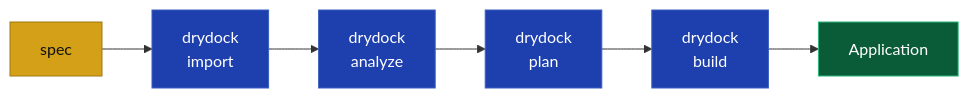
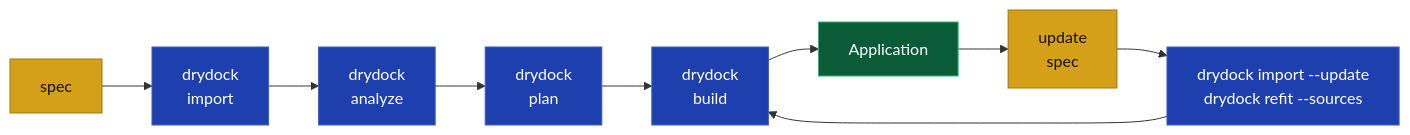
Before and after one commit to webcloudstudio/Drydock: the second of 2 diagrams in docs/QUICK_START.md, drawn with Mermaid. The commit also changed other lines of this file, not shown here.

````diff
--- a/docs/QUICK_START.md
+++ b/docs/QUICK_START.md
@@ -239,18 +239,18 @@
 ```mermaid
 flowchart LR
     N["spec"] --> IMP["drydock<br/>import"]
     IMP --> ANA["drydock<br/>analyze"]
     ANA --> PLAN["drydock<br/>plan"]
     PLAN --> BUILD["drydock<br/>build"]
     BUILD --> C["Application"]
+    C --> UPDATE["update<br/>spec"]
+    UPDATE --> REFIT["drydock import --update<br/>drydock refit --sources"]
+    REFIT --> BUILD
 
     classDef input fill:#d4a017,stroke:#a07810,color:#111
-    classDef review fill:#be123c,stroke:#fb7185,color:#fff
     classDef governed fill:#1e40af,stroke:#3b5fc0,color:#fff
     classDef output fill:#0a5c38,stroke:#2cb67d,color:#fff
-    class N input
-    class IMP,ANA,PLAN,BUILD,SCORE governed
-    class R review
-    class PLUS governed
-    class C,V output
+    class N,UPDATE input
+    class IMP,ANA,PLAN,BUILD,REFIT governed
+    class C output
 ```
````
